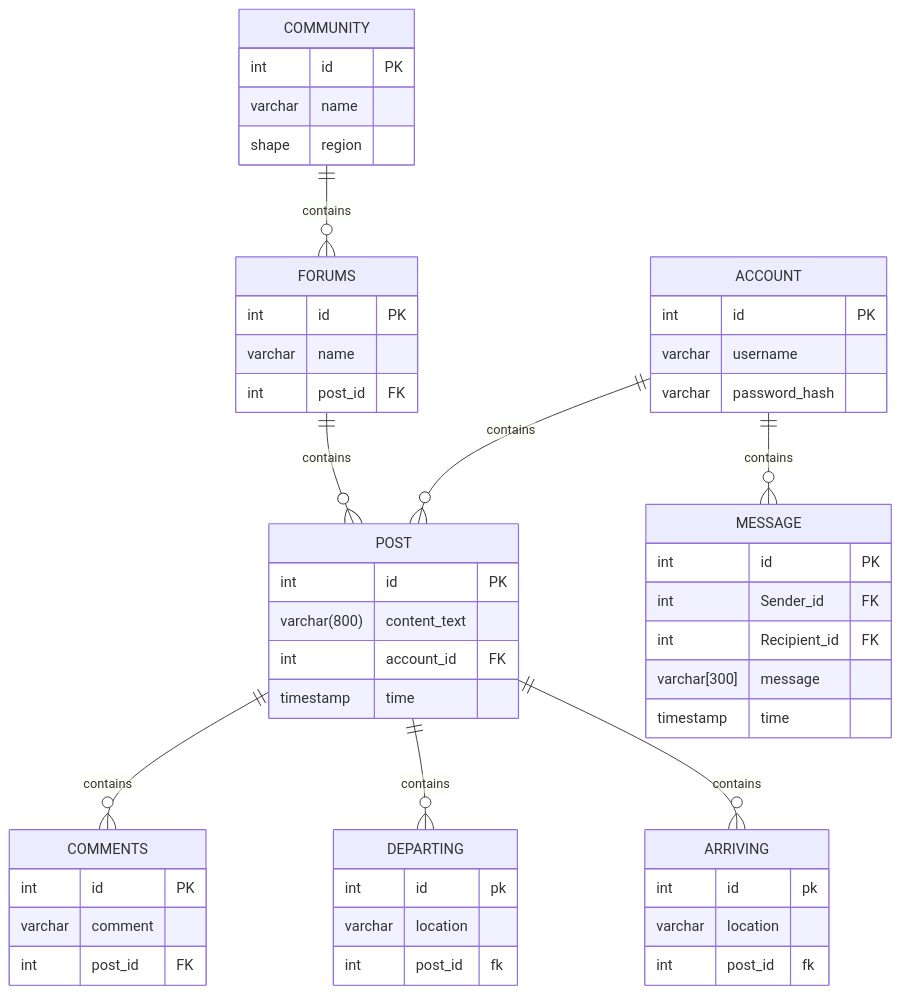
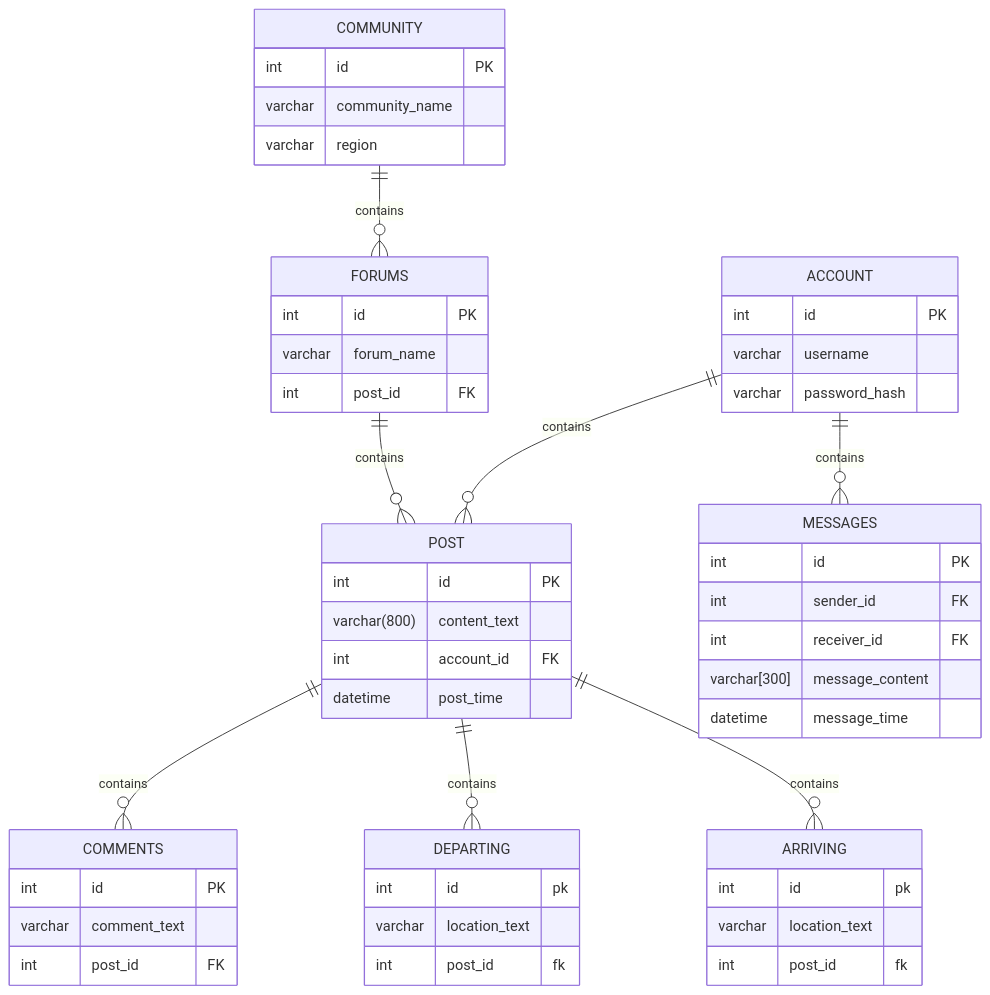
Before and after one commit to byui-cse397/2024WinCSE490PCP: the diagram in ProjectManagement/Design/SoftwareDesignDocument.md, drawn with Mermaid.

````diff
--- a/ProjectManagement/Design/SoftwareDesignDocument.md
+++ b/ProjectManagement/Design/SoftwareDesignDocument.md
@@ -521,64 +521,64 @@
 ```mermaid
 erDiagram
     ACCOUNT {
         int id PK
         varchar username
         varchar password_hash
     }
     POST {
         int id PK
         varchar(800) content_text
         int account_id FK
-        timestamp time
+        datetime post_time
     }
     
     ACCOUNT ||--o{ POST : contains
 
     COMMENTS {
         int id PK
-        varchar comment
+        varchar comment_text
         int post_id FK
     }
 
     POST ||--o{ COMMENTS : contains
 
     DEPARTING {
         int id pk
-        varchar location
+        varchar location_text
         int post_id fk
     }
 
     POST ||--o{ DEPARTING : contains
 
     ARRIVING {
         int id pk
-        varchar location
+        varchar location_text
         int post_id fk
     }
 
     POST ||--o{ ARRIVING : contains
 
     COMMUNITY ||--o{ FORUMS : contains
     COMMUNITY {
         int id PK
-        varchar name
-        shape region
+        varchar community_name
+        varchar region
     }
 
     FORUMS ||--o{ POST : contains
     FORUMS {
         int id PK
-        varchar name
+        varchar forum_name
         int post_id FK
     }
 
-     ACCOUNT ||--o{ MESSAGE: contains
-    MESSAGE{
+     ACCOUNT ||--o{ MESSAGES: contains
+    MESSAGES{
         int id PK
-        int Sender_id FK
-        int Recipient_id FK
-        varchar[300] message
-        timestamp time
+        int sender_id FK
+        int receiver_id FK
+        varchar[300] message_content
+        datetime message_time
     }
 
 ```
````
